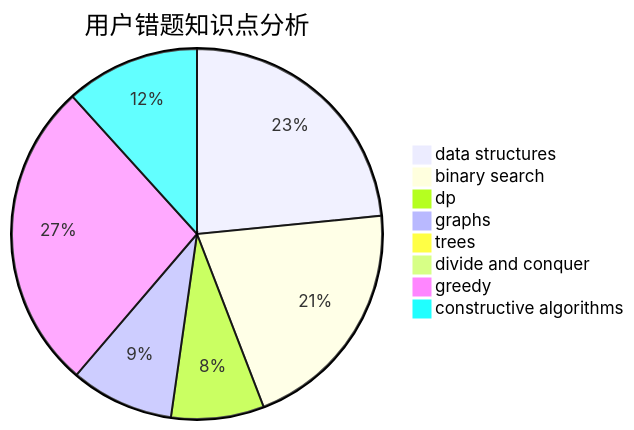
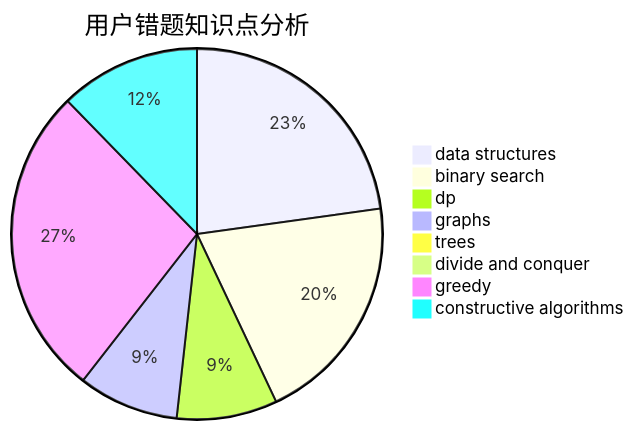
One commit to sherpahu/cfrs.github.io changed the third of 3 diagrams in docs/user/u1544.md. Above: the diagram before and after it, drawn with Mermaid. The commit also changed other lines of this file and 2770 other files, not shown here.

````diff
--- a/docs/user/u1544.md
+++ b/docs/user/u1544.md
@@ -36,11 +36,11 @@
 ```mermaid
 pie title 用户错题知识点分析
     "data structures" :  26
     "binary search" :  23
-    "dp" :  9
+    "dp" :  10
     "graphs" :  10
     "trees" :  1
     "divide and conquer" :  0
-    "greedy" :  30
-    "constructive algorithms" :  13
+    "greedy" :  31
+    "constructive algorithms" :  14
 ```
````
